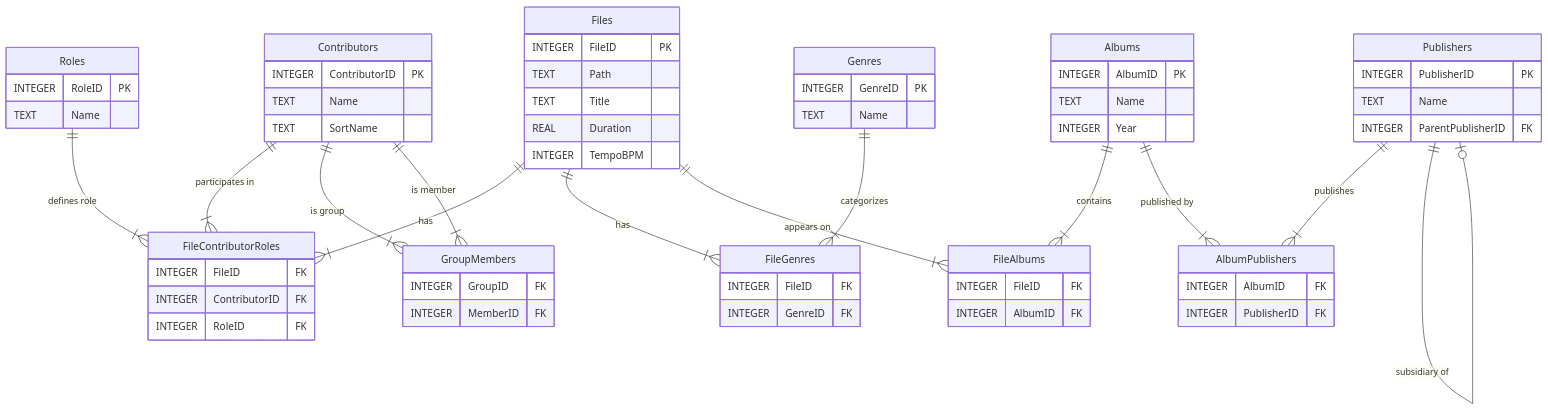
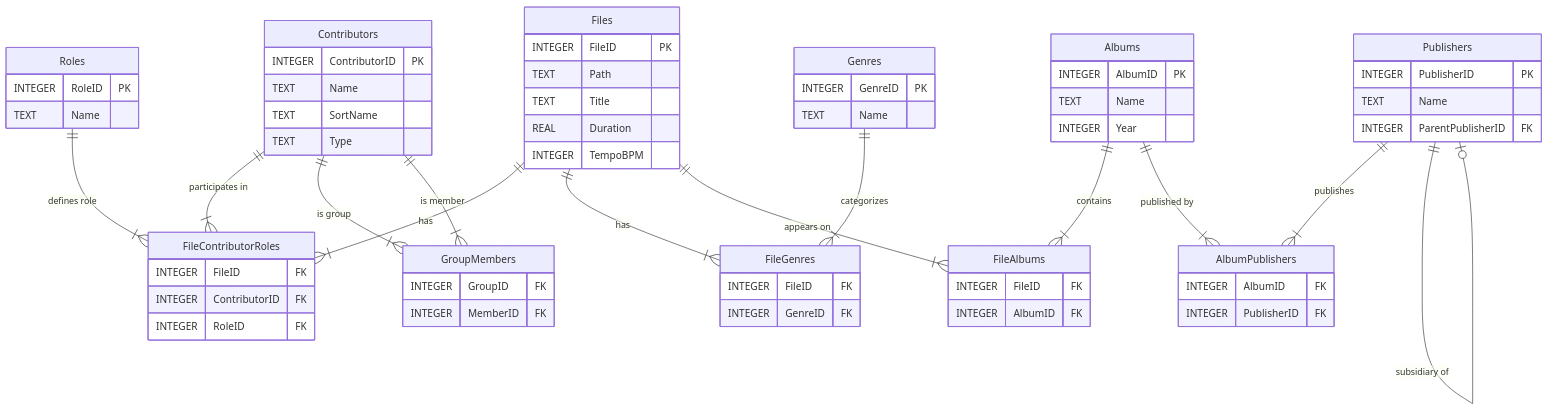
One commit to PROdotes/Gosling2 changed the diagram in DATABASE.md. Above: the diagram before and after it, drawn with Mermaid. The commit also changed other lines of this file and 2 other files, not shown here.

````diff
--- a/DATABASE.md
+++ b/DATABASE.md
@@ -24,77 +24,78 @@
 ```mermaid
 erDiagram
     Files ||--|{ FileContributorRoles : "has"
     Contributors ||--|{ FileContributorRoles : "participates in"
     Roles ||--|{ FileContributorRoles : "defines role"
     Contributors ||--|{ GroupMembers : "is group"
     Contributors ||--|{ GroupMembers : "is member"
     Files ||--|{ FileGenres : "has"
     Genres ||--|{ FileGenres : "categorizes"
     Files ||--|{ FileAlbums : "appears on"
     Albums ||--|{ FileAlbums : "contains"
     Albums ||--|{ AlbumPublishers : "published by"
     Publishers ||--|{ AlbumPublishers : "publishes"
     Publishers ||--o| Publishers : "subsidiary of"
 
     Files {
         INTEGER FileID PK
         TEXT Path
         TEXT Title
         REAL Duration
         INTEGER TempoBPM
     }
 
     Contributors {
         INTEGER ContributorID PK
         TEXT Name
         TEXT SortName
+        TEXT Type
     }
 
     Roles {
         INTEGER RoleID PK
         TEXT Name
     }
 
     FileContributorRoles {
         INTEGER FileID FK
         INTEGER ContributorID FK
         INTEGER RoleID FK
     }
 
     GroupMembers {
         INTEGER GroupID FK
         INTEGER MemberID FK
     }
 
     Genres {
         INTEGER GenreID PK
         TEXT Name
     }
 
     FileGenres {
         INTEGER FileID FK
         INTEGER GenreID FK
     }
 
     Publishers {
         INTEGER PublisherID PK
         TEXT Name
         INTEGER ParentPublisherID FK
     }
 
     Albums {
         INTEGER AlbumID PK
         TEXT Name
         INTEGER Year
     }
 
     AlbumPublishers {
         INTEGER AlbumID FK
         INTEGER PublisherID FK
     }
 
     FileAlbums {
         INTEGER FileID FK
         INTEGER AlbumID FK
     }
 ```
````
